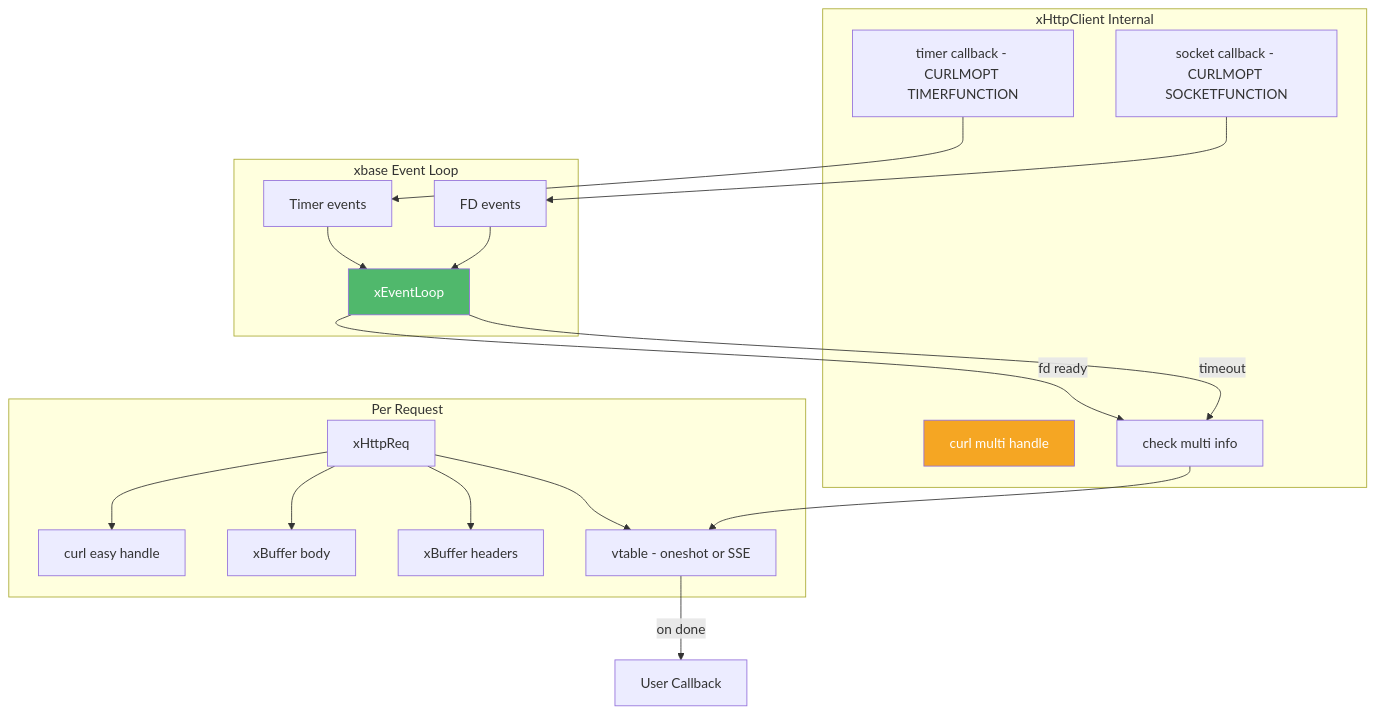
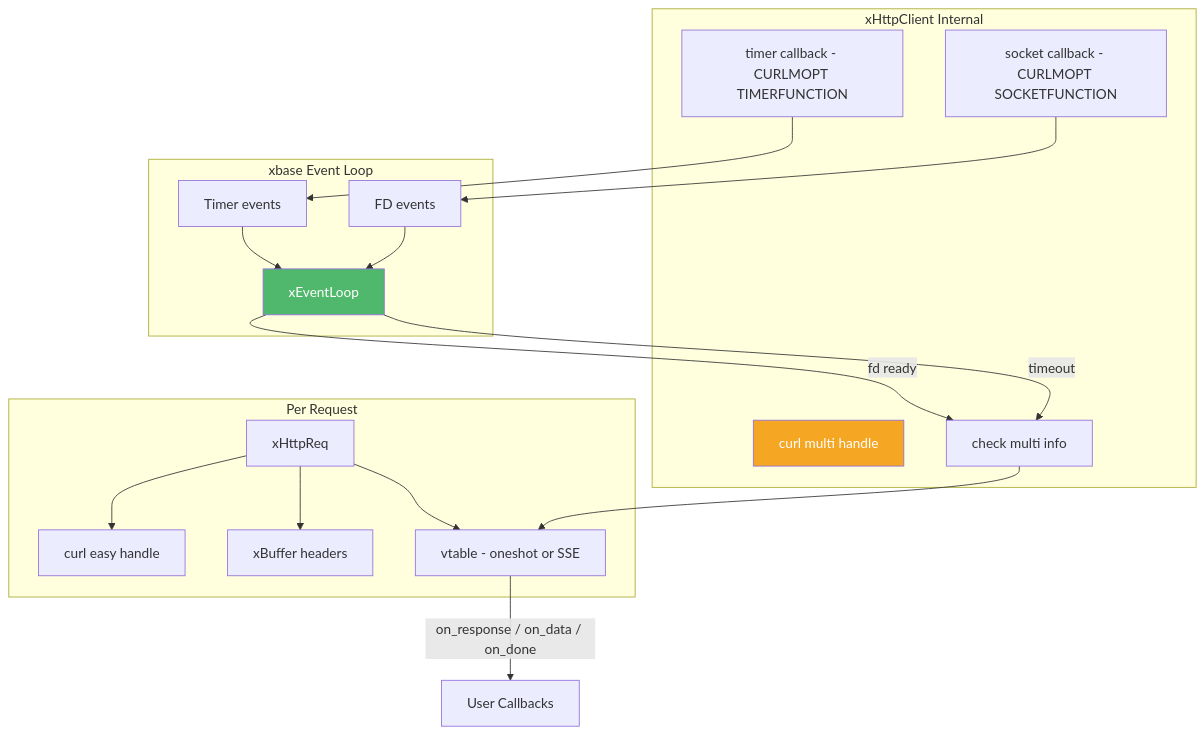
Before and after one commit to mivinci/x: the first of 3 diagrams in docs/libx/http/client.md, drawn with Mermaid. The commit also changed other lines of this file and 6 other files, not shown here.

````diff
--- a/docs/libx/http/client.md
+++ b/docs/libx/http/client.md
@@ -19,40 +21,38 @@
 ```mermaid
 graph TD
     subgraph xHttpClientInternal[xHttpClient Internal]
         MULTI[curl multi handle]
         TIMER_CB[timer callback - CURLMOPT TIMERFUNCTION]
         SOCKET_CB[socket callback - CURLMOPT SOCKETFUNCTION]
         CHECK[check multi info]
     end
 
     subgraph PerRequest[Per Request]
         REQ[xHttpReq]
         EASY[curl easy handle]
-        BODY[xBuffer body]
         HDR[xBuffer headers]
         VT[vtable - oneshot or SSE]
     end
 
     subgraph xbaseEventLoop[xbase Event Loop]
         LOOP[xEventLoop]
         FD_EVT[FD events]
         TIMER_EVT[Timer events]
     end
 
     SOCKET_CB --> FD_EVT
     TIMER_CB --> TIMER_EVT
     FD_EVT --> LOOP
     TIMER_EVT --> LOOP
     LOOP -->|fd ready| CHECK
     LOOP -->|timeout| CHECK
     CHECK --> VT
-    VT -->|on done| APP[User Callback]
+    VT -->|on_response / on_data / on_done| APP[User Callbacks]
 
     REQ --> EASY
-    REQ --> BODY
     REQ --> HDR
     REQ --> VT
 
     style MULTI fill:#f5a623,color:#fff
     style LOOP fill:#50b86c,color:#fff
 ```
````
